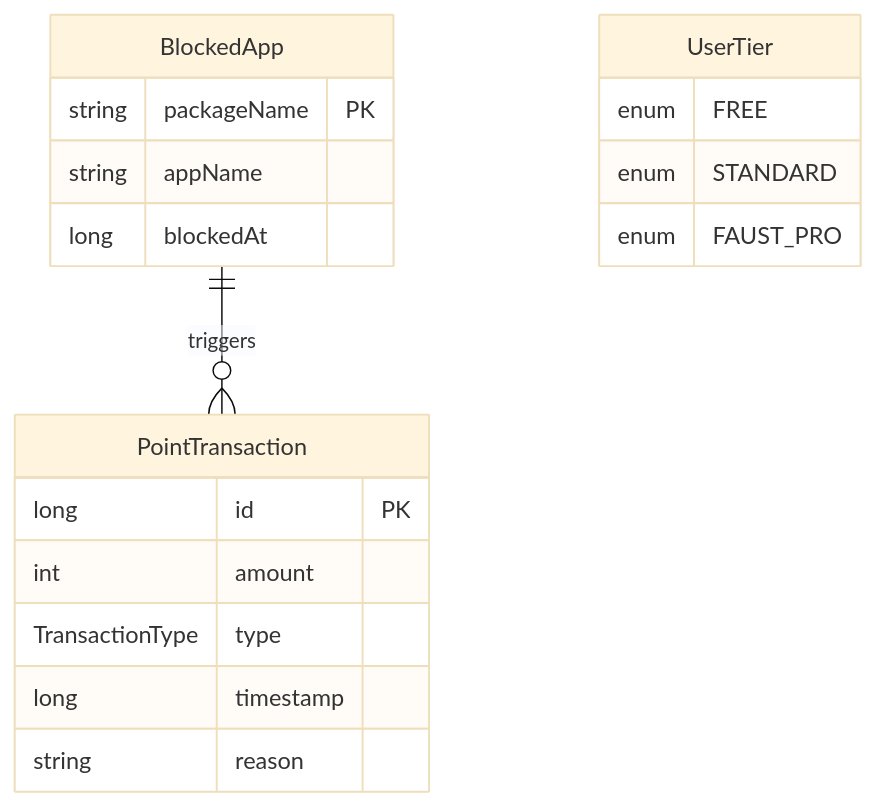
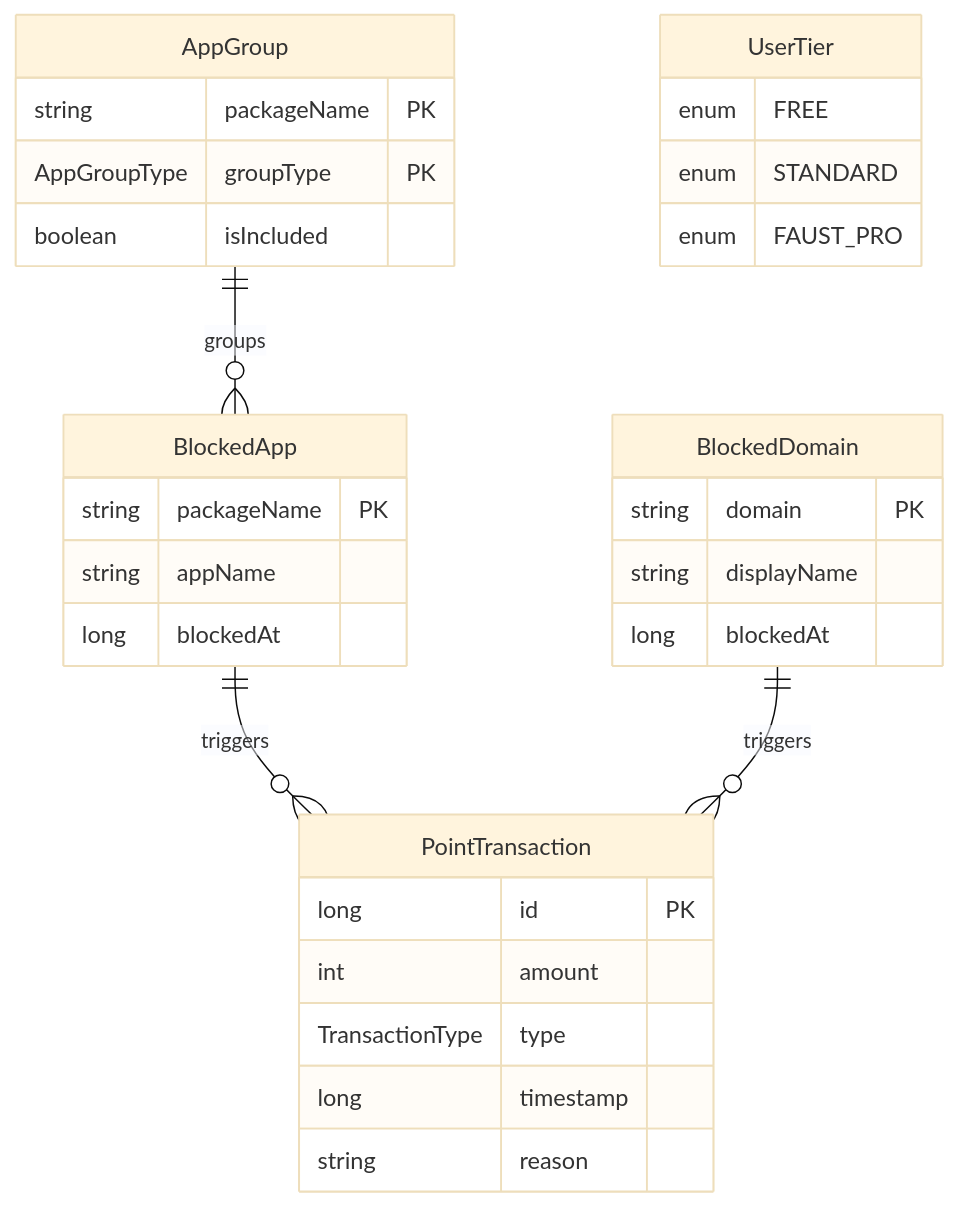
The diagram in docs/arch_data.md (KDG12054345/-2), drawn with Mermaid (base theme) before and after one commit. The commit also changed other lines of this file and 55 other files, not shown here.

````diff
--- a/docs/arch_data.md
+++ b/docs/arch_data.md
@@ -13,24 +13,38 @@
 ```mermaid
 erDiagram
     BlockedApp ||--o{ PointTransaction : "triggers"
+    BlockedDomain ||--o{ PointTransaction : "triggers"
+    AppGroup ||--o{ BlockedApp : "groups"
     
     BlockedApp {
         string packageName PK
         string appName
+        long blockedAt
+    }
+    
+    BlockedDomain {
+        string domain PK
+        string displayName
         long blockedAt
     }
     
     PointTransaction {
         long id PK
         int amount
         TransactionType type
         long timestamp
         string reason
     }
     
+    AppGroup {
+        string packageName PK
+        AppGroupType groupType PK
+        boolean isIncluded
+    }
+    
     UserTier {
         enum FREE
         enum STANDARD
         enum FAUST_PRO
     }
 ```
````
